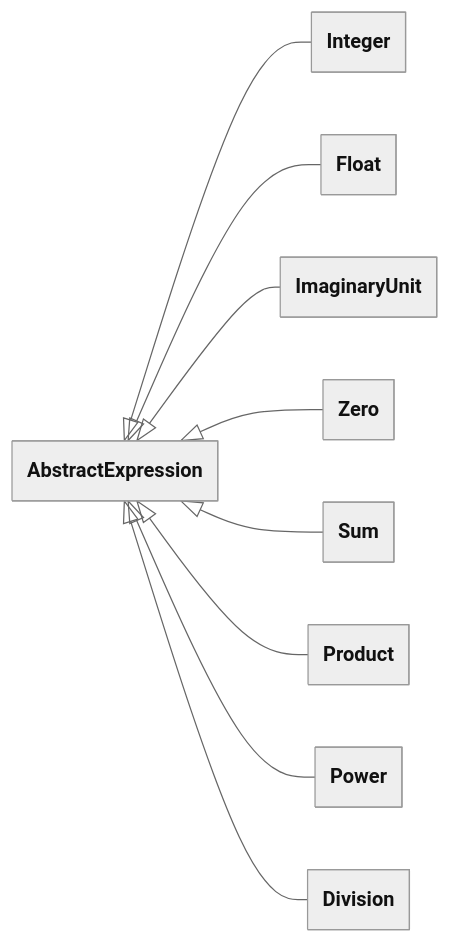
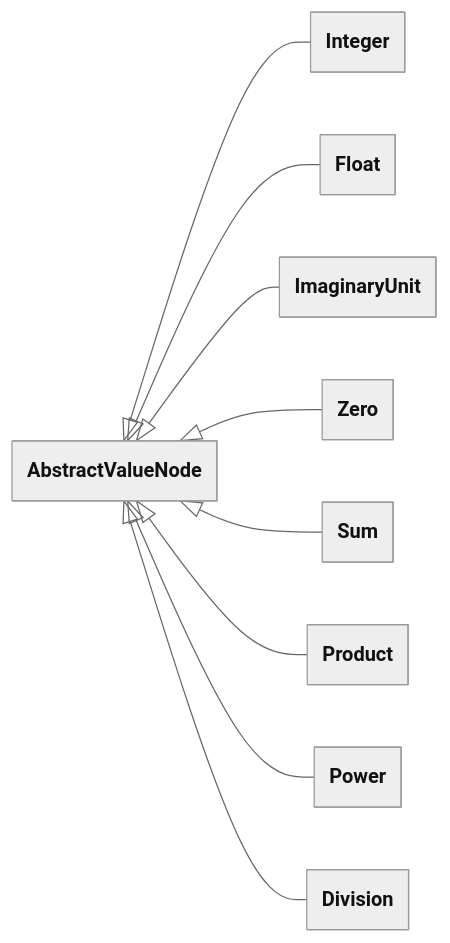
One commit to FEniCS/uflx changed the third of 12 diagrams in design/language.md. Above: the diagram before and after it, drawn with Mermaid. The commit also changed other lines of this file and 9 other files, not shown here.

````diff
--- a/design/language.md
+++ b/design/language.md
@@ -3988,22 +4284,22 @@
 ```mermaid
 ---
 config:
   theme: neutral
   look: classic
   class:
     theme: neutral
     look: classic
     hideEmptyMembersBox: true
 ---
 classDiagram
     direction LR
     accTitle: Algebra class hierarchy (1 of 3)
-    AbstractExpression <|-- Integer
-    AbstractExpression <|-- Float
-    AbstractExpression <|-- ImaginaryUnit
-    AbstractExpression <|-- Zero
-    AbstractExpression <|-- Sum
-    AbstractExpression <|-- Product
-    AbstractExpression <|-- Power
-    AbstractExpression <|-- Division
+    AbstractValueNode <|-- Integer
+    AbstractValueNode <|-- Float
+    AbstractValueNode <|-- ImaginaryUnit
+    AbstractValueNode <|-- Zero
+    AbstractValueNode <|-- Sum
+    AbstractValueNode <|-- Product
+    AbstractValueNode <|-- Power
+    AbstractValueNode <|-- Division
 ```
````
